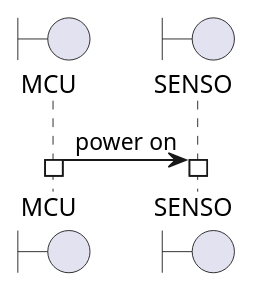
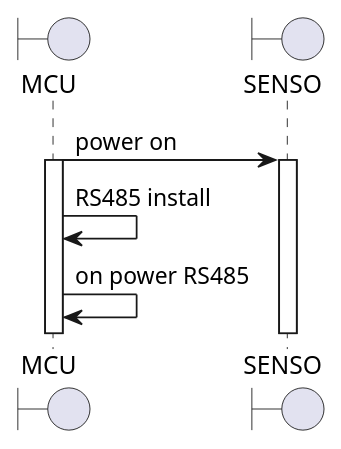
Before and after one commit to NguyenTuanPhong2002/PULSAR_SENSO_STM32: the diagram in doc/readSenso.plantuml, drawn with PlantUML.

Commit message:
Update the diagram "mcu start"

```diff
--- a/doc/readSenso.plantuml
+++ b/doc/readSenso.plantuml
@@ -1,8 +1,10 @@
 @startuml
     boundary "MCU" as mcu
     boundary "SENSO" as senso
 
     mcu -> senso: power on
     activate mcu
     activate senso
+    mcu -> mcu: RS485 install
+    mcu -> mcu: on power RS485
 @enduml
```
